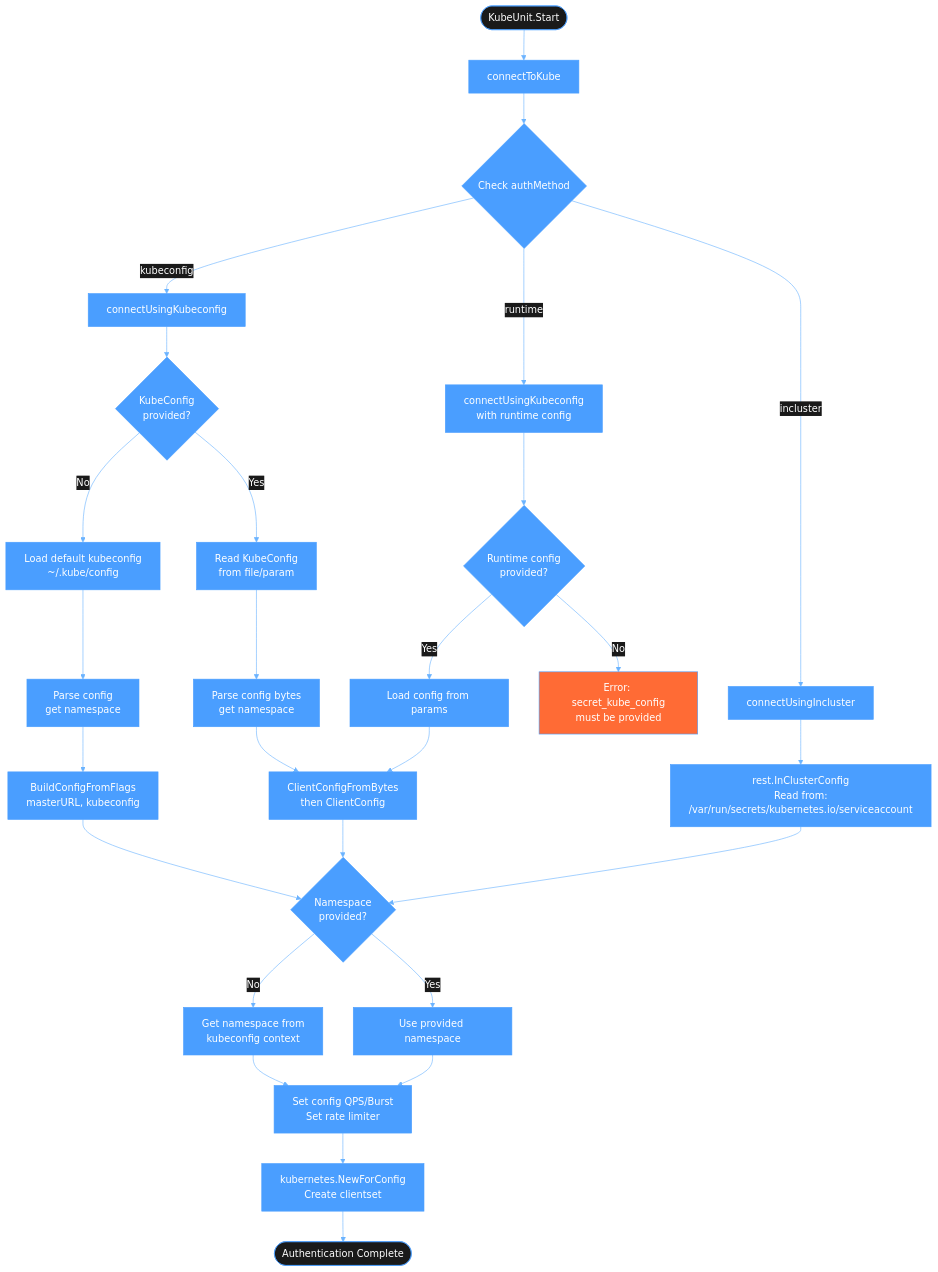
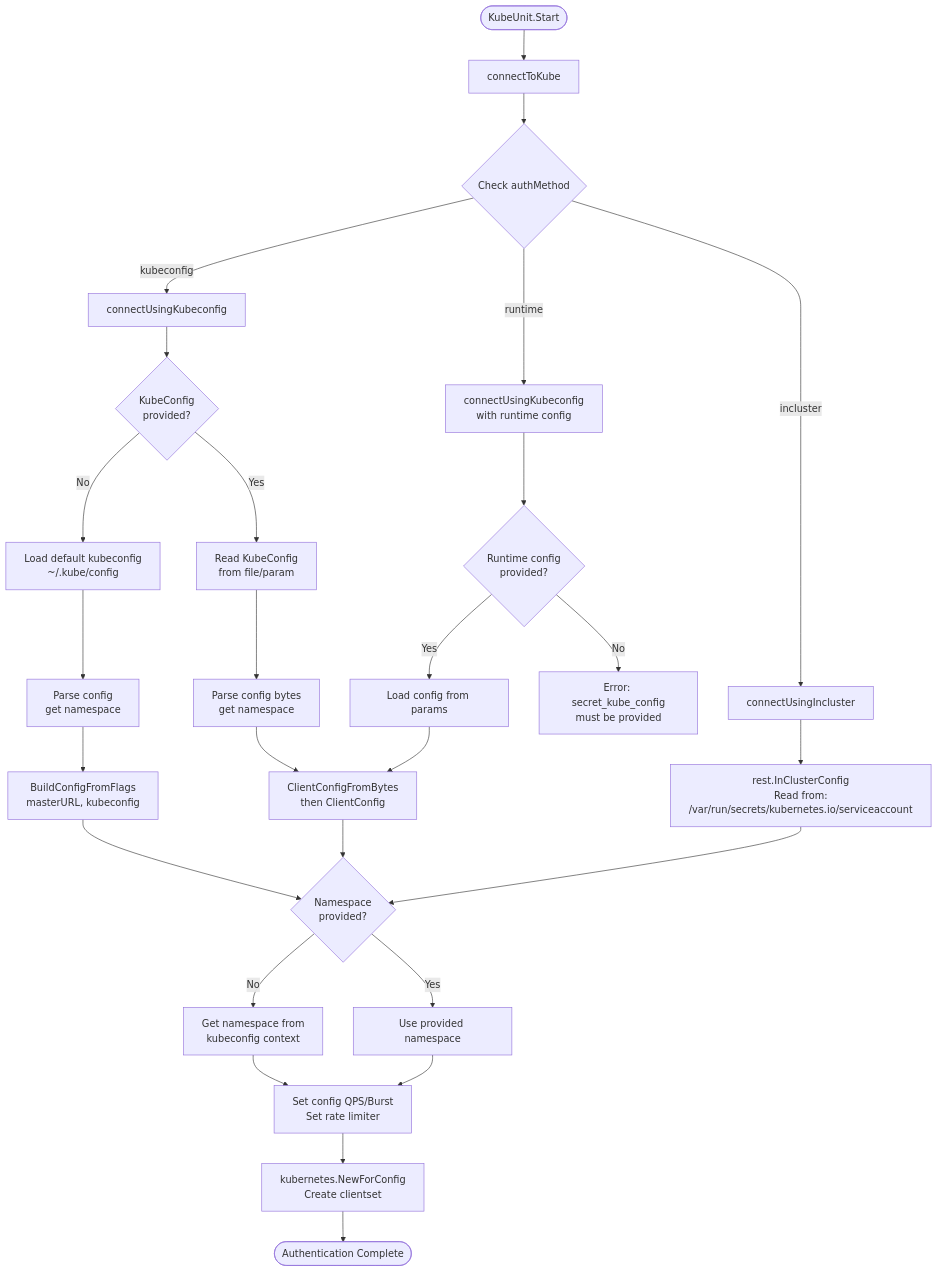
One commit to ansible/receptor changed the second of 7 diagrams in docs/diagrams/kubernetes_workflow.md. Above: the diagram before and after it, drawn with Mermaid. The commit also changed other lines of this file, not shown here.

Commit message:
Remove styling so the diagram is legible in both dark mode and light mode

````diff
--- a/docs/diagrams/kubernetes_workflow.md
+++ b/docs/diagrams/kubernetes_workflow.md
@@ -249,48 +248,39 @@
 ```mermaid
-%%{init: {'theme':'base', 'themeVariables': { 'primaryColor':'#4a9eff', 'primaryTextColor':'#ffffff', 'primaryBorderColor':'#4a9eff', 'lineColor':'#6bb3ff', 'secondaryColor':'#1a1a1a', 'tertiaryColor':'#2a2a2a', 'background':'#000000', 'mainBkgColor':'#000000', 'secondBkgColor':'#1a1a1a', 'nodeBkg':'#1a1a1a', 'nodeBorder':'#4a9eff', 'clusterBkg':'#0a0a0a', 'clusterBorder':'#4a9eff', 'defaultLinkColor':'#6bb3ff', 'titleColor':'#ffffff', 'edgeLabelBackground':'#1a1a1a', 'actorBkg':'#000000', 'actorBorder':'#4a9eff', 'actorTextColor':'#ffffff', 'actorLineColor':'#4a9eff', 'signalColor':'#ffffff', 'signalTextColor':'#ffffff', 'labelBoxBkgColor':'#000000', 'labelBoxBorderColor':'#4a9eff', 'labelTextColor':'#ffffff', 'loopTextColor':'#ffffff', 'noteBkgColor':'#000000', 'noteTextColor':'#ffffff', 'noteBorderColor':'#ff6b35', 'activationBkgColor':'#1a1a1a', 'activationBorderColor':'#4a9eff', 'sequenceNumberColor':'#000000'}}}%%
 flowchart TD
     Start([KubeUnit.Start]) --> Connect[connectToKube]
     Connect --> AuthMethod{Check authMethod}
     
     AuthMethod -->|kubeconfig| Kubeconfig[connectUsingKubeconfig]
     AuthMethod -->|incluster| InCluster[connectUsingIncluster]
     AuthMethod -->|runtime| Runtime[connectUsingKubeconfig<br/>with runtime config]
     
     Kubeconfig --> CheckConfig{KubeConfig<br/>provided?}
     CheckConfig -->|No| DefaultConfig[Load default kubeconfig<br/>~/.kube/config]
     CheckConfig -->|Yes| LoadConfig[Read KubeConfig<br/>from file/param]
     
     DefaultConfig --> ParseDefault[Parse config<br/>get namespace]
     LoadConfig --> ParseCustom[Parse config bytes<br/>get namespace]
     
     ParseDefault --> BuildDefault[BuildConfigFromFlags<br/>masterURL, kubeconfig]
     ParseCustom --> BuildCustom[ClientConfigFromBytes<br/>then ClientConfig]
     
     InCluster --> ClusterConfig[rest.InClusterConfig<br/>Read from:<br/>/var/run/secrets/kubernetes.io/serviceaccount]
     
     BuildDefault --> CheckNamespace{Namespace<br/>provided?}
     BuildCustom --> CheckNamespace
     ClusterConfig --> CheckNamespace
     
     CheckNamespace -->|No| GetNamespace[Get namespace from<br/>kubeconfig context]
     CheckNamespace -->|Yes| SetNamespace[Use provided namespace]
     
     GetNamespace --> SetConfigVars
     SetNamespace --> SetConfigVars[Set config QPS/Burst<br/>Set rate limiter]
     
     SetConfigVars --> CreateClientset[kubernetes.NewForConfig<br/>Create clientset]
     CreateClientset --> Done([Authentication Complete])
     
     Runtime --> RuntimeCheck{Runtime config<br/>provided?}
     RuntimeCheck -->|No| RuntimeError[Error: secret_kube_config<br/>must be provided]
     RuntimeCheck -->|Yes| LoadRuntime[Load config from params]
     LoadRuntime --> BuildCustom
-    
-    style Start fill:#1a1a1a
-    style Done fill:#1a1a1a
-    style AuthMethod fill:#4a9eff
-    style CheckConfig fill:#4a9eff
-    style CheckNamespace fill:#4a9eff
-    style RuntimeCheck fill:#4a9eff
-    style RuntimeError fill:#ff6b35
 ```
````
